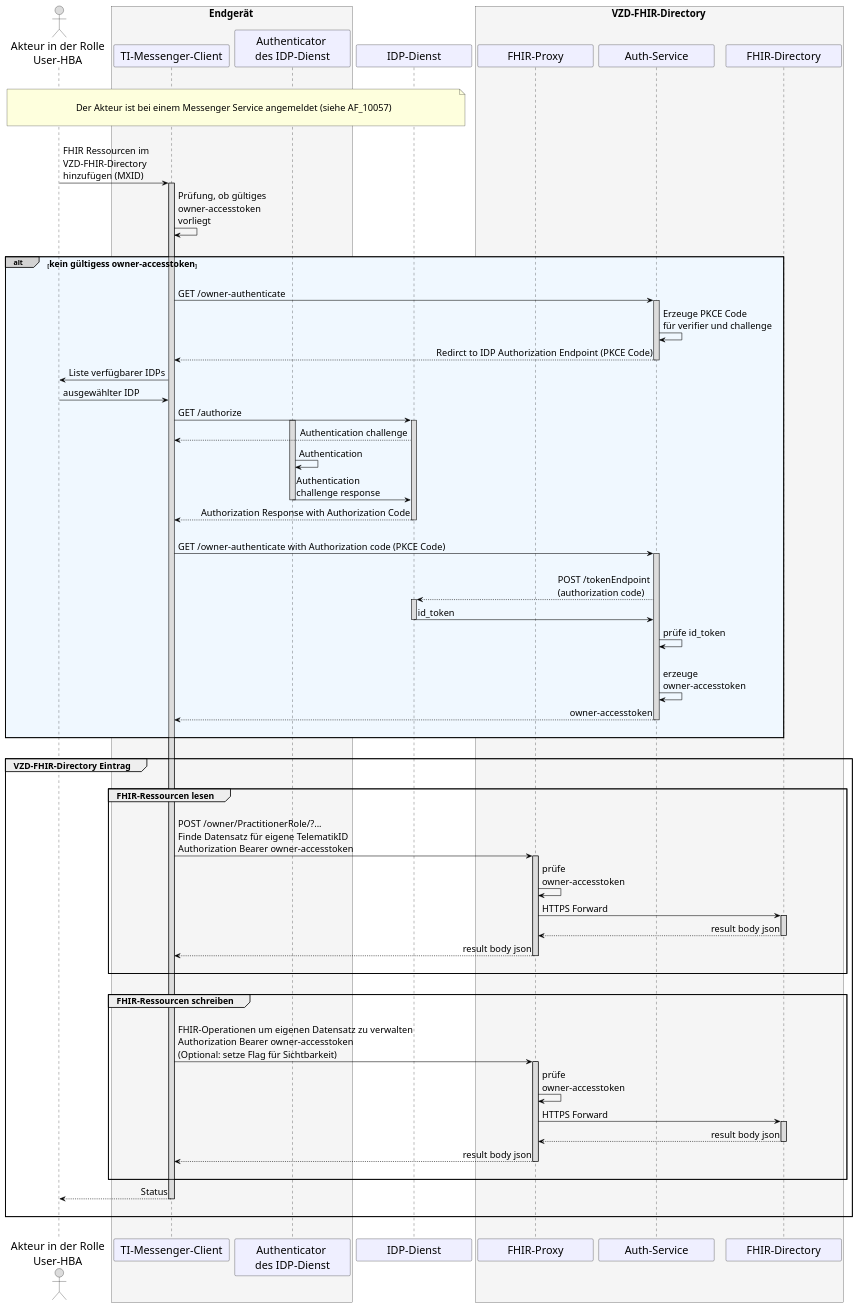
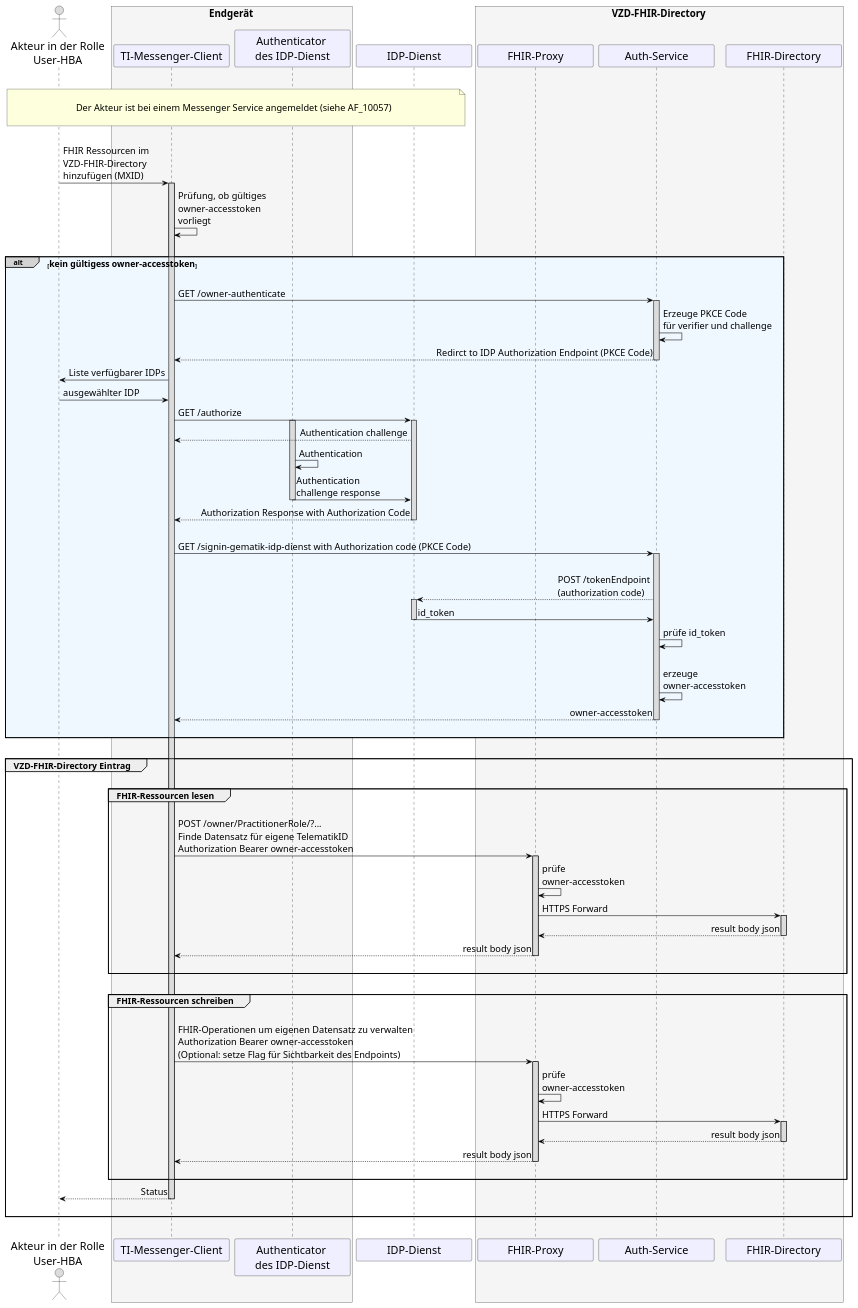
The diagram in src/plantuml/TI-Messenger-Dienst/Ressourcen/UC_10058_Seq.puml (gematik/api-ti-messenger), drawn with PlantUML before and after one commit.

```diff
--- a/src/plantuml/TI-Messenger-Dienst/Ressourcen/UC_10058_Seq.puml
+++ b/src/plantuml/TI-Messenger-Dienst/Ressourcen/UC_10058_Seq.puml
@@ -9,128 +9,128 @@
 @startuml
 skinparam sequenceMessageAlign direction
 skinparam minClassWidth 200
 skinparam BoxPadding 1
 skinparam sequenceReferenceHeaderBackgroundColor palegreen
 scale max 2048 width
 
 skinparam sequence {
 ArrowColor black
 ArrowFontSize 17
 ActorBorderColor black
 LifeLineBorderColor black
 LifeLineBackgroundColor Gainsboro
 
 ParticipantBorderColor Motivation
 ParticipantBackgroundColor Motivation
 ParticipantFontName Impact
 ParticipantFontSize 20
 ParticipantFontColor black
 ParticipantBorderColor Black
 ParticipantBackgroundColor MOTIVATION
 
 ActorBackgroundColor Gainsboro
 ActorFontColor black
 ActorFontSize 20
 ActorFontName Aapex
 }
     actor U as "Akteur in der Rolle\nUser-HBA"
     box <size:18>Endgerät</size> #WhiteSmoke
       participant C as "TI-Messenger-Client"
       participant A as "Authenticator \ndes IDP-Dienst"
     end box
     participant I as "IDP-Dienst" 
     box <size:18>VZD-FHIR-Directory</size> #WhiteSmoke
       participant FP as "FHIR-Proxy"
       participant Auth as "Auth-Service"
       participant VZD as "FHIR-Directory"
     end box
 
 |||
 note over U, I: \n<size:17>Der Akteur ist bei einem Messenger Service angemeldet (siehe AF_10057)</size>\n
 |||
 
 U->C: FHIR Ressourcen im \nVZD-FHIR-Directory \nhinzufügen (MXID)
   Activate C
 C->C: Prüfung, ob gültiges \nowner-accesstoken \nvorliegt
 
 |||
 alt#LightGrey #AliceBlue <size:16>kein gültigess owner-accesstoken</size>
 |||
 
   C->Auth: GET /owner-authenticate
     Activate Auth
   Auth->Auth: Erzeuge PKCE Code \nfür verifier und challenge
   Auth-->C: Redirct to IDP Authorization Endpoint (PKCE Code)
     Deactivate Auth
 
   C->U: Liste verfügbarer IDPs
   U->C: ausgewählter IDP
     
   C->I: GET /authorize
     Activate A
     Activate I
   I-->C: Authentication challenge
   A->A: Authentication
   A->I: Authentication \nchallenge response
     Deactivate A
   I-->C: Authorization Response with Authorization Code
     Deactivate I
        
   |||          
-  C->Auth: GET /owner-authenticate with Authorization code (PKCE Code)
+  C->Auth: GET /signin-gematik-idp-dienst with Authorization code (PKCE Code)
     Activate Auth
   |||
   Auth-->I: POST /tokenEndpoint\n(authorization code)
     Activate I
   I->Auth: id_token
     Deactivate I
   Auth->Auth: prüfe id_token
   |||
   Auth->Auth: erzeuge \nowner-accesstoken
   Auth-->C: owner-accesstoken
     Deactivate Auth
   |||
 end
       
 |||
 
 group <size:16>VZD-FHIR-Directory Eintrag</size>
   |||
   group <size:16>FHIR-Ressourcen lesen</size>
   |||
   C->FP: POST /owner/PractitionerRole/?... \nFinde Datensatz für eigene TelematikID \nAuthorization Bearer owner-accesstoken
     Activate FP
   FP->FP: prüfe \nowner-accesstoken
   FP->VZD: HTTPS Forward
     Activate VZD
   VZD-->FP: result body json
     Deactivate VZD
   FP-->C: result body json
     Deactivate FP
   |||
   end
     
   |||
   group <size:16>FHIR-Ressourcen schreiben</size>
   |||
-  C->FP: FHIR-Operationen um eigenen Datensatz zu verwalten \nAuthorization Bearer owner-accesstoken \n(Optional: setze Flag für Sichtbarkeit)
+  C->FP: FHIR-Operationen um eigenen Datensatz zu verwalten \nAuthorization Bearer owner-accesstoken \n(Optional: setze Flag für Sichtbarkeit des Endpoints)
     Activate FP
   FP->FP: prüfe \nowner-accesstoken
   FP->VZD: HTTPS Forward
     Activate VZD
   VZD-->FP: result body json
     Deactivate VZD
   FP-->C: result body json
     Deactivate FP
      
   |||
   end
 
   C-->U: Status    
     Deactivate C
   |||
 end
 |||
 
   Deactivate C
 @enduml
```
